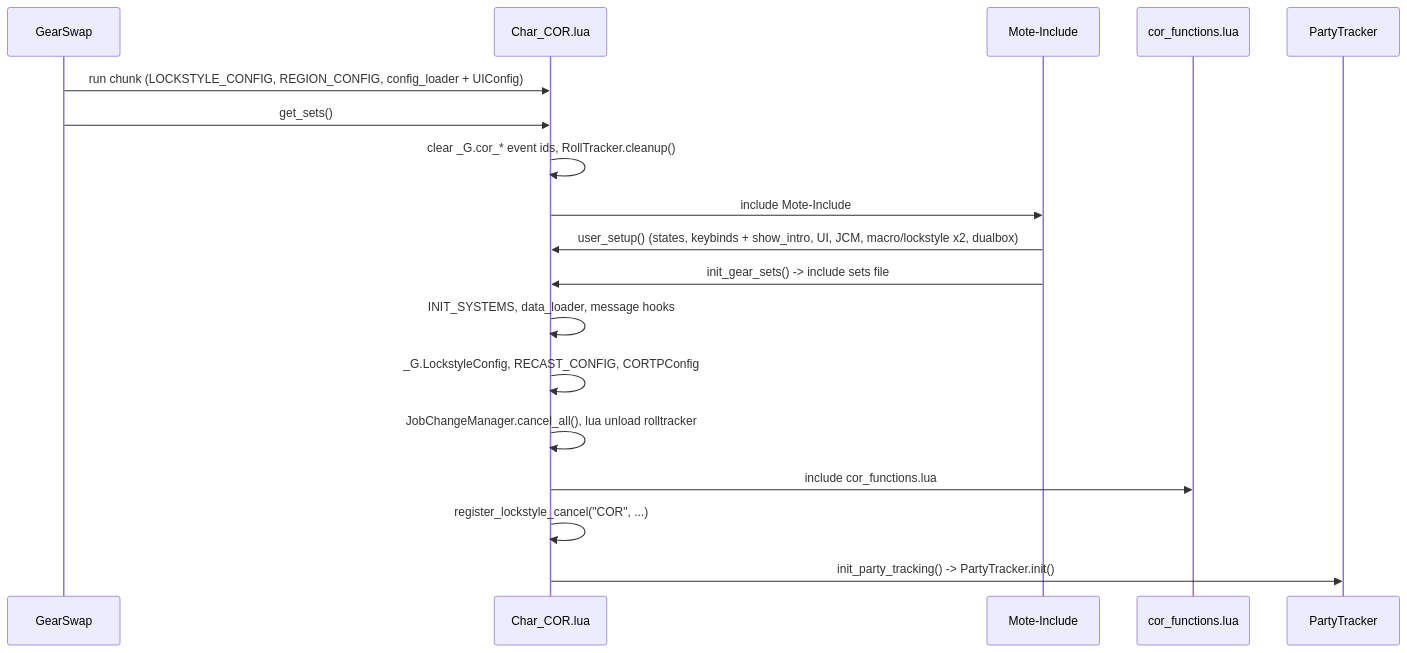
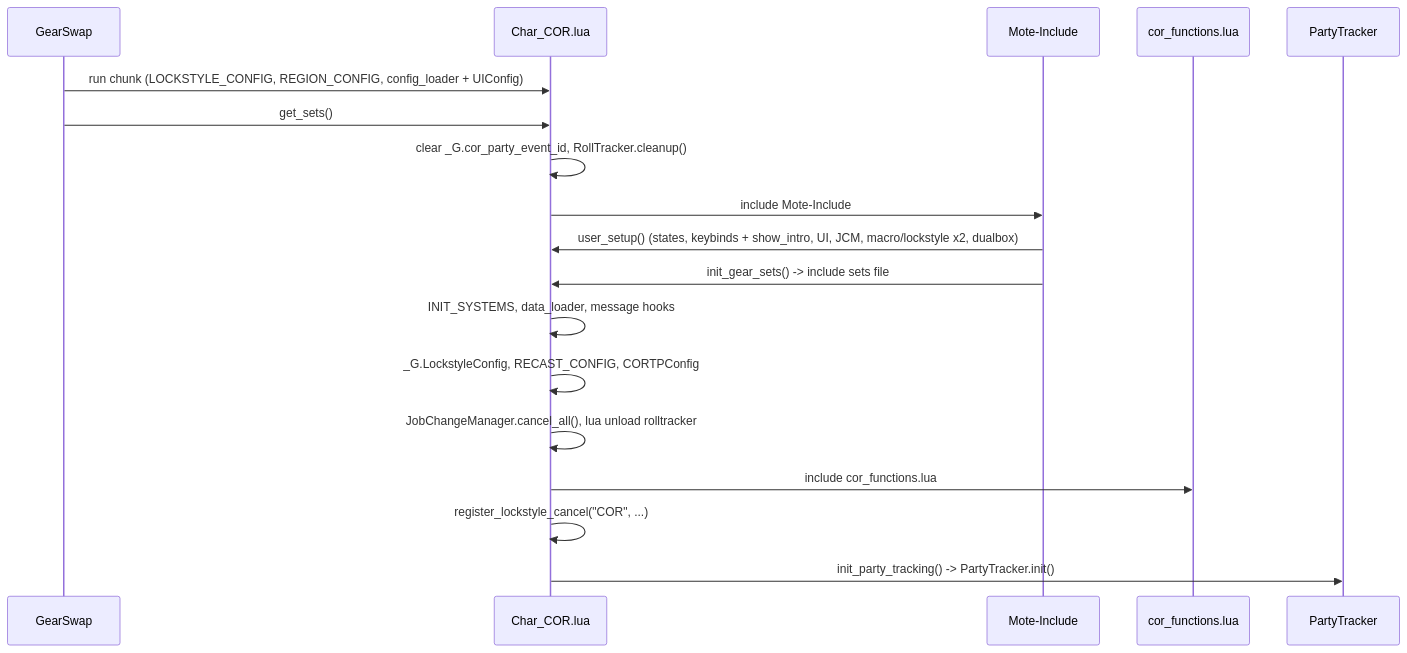
The first of 3 diagrams in docs/dev/jobs/cor.md (ejouanchicot/Gearswap), drawn with Mermaid before and after one commit. The commit also changed other lines of this file and 13 other files, not shown here.

````diff
--- a/docs/dev/jobs/cor.md
+++ b/docs/dev/jobs/cor.md
@@ -99,20 +99,20 @@
 ```mermaid
 sequenceDiagram
     participant GS as GearSwap
     participant E as Char_COR.lua
     participant M as Mote-Include
     participant F as cor_functions.lua
     participant P as PartyTracker
     GS->>E: run chunk (LOCKSTYLE_CONFIG, REGION_CONFIG, config_loader + UIConfig)
     GS->>E: get_sets()
-    E->>E: clear _G.cor_* event ids, RollTracker.cleanup()
+    E->>E: clear _G.cor_party_event_id, RollTracker.cleanup()
     E->>M: include Mote-Include
     M->>E: user_setup() (states, keybinds + show_intro, UI, JCM, macro/lockstyle x2, dualbox)
     M->>E: init_gear_sets() -> include sets file
     E->>E: INIT_SYSTEMS, data_loader, message hooks
     E->>E: _G.LockstyleConfig, RECAST_CONFIG, CORTPConfig
     E->>E: JobChangeManager.cancel_all(), lua unload rolltracker
     E->>F: include cor_functions.lua
     E->>E: register_lockstyle_cancel("COR", ...)
     E->>P: init_party_tracking() -> PartyTracker.init()
 ```
````
